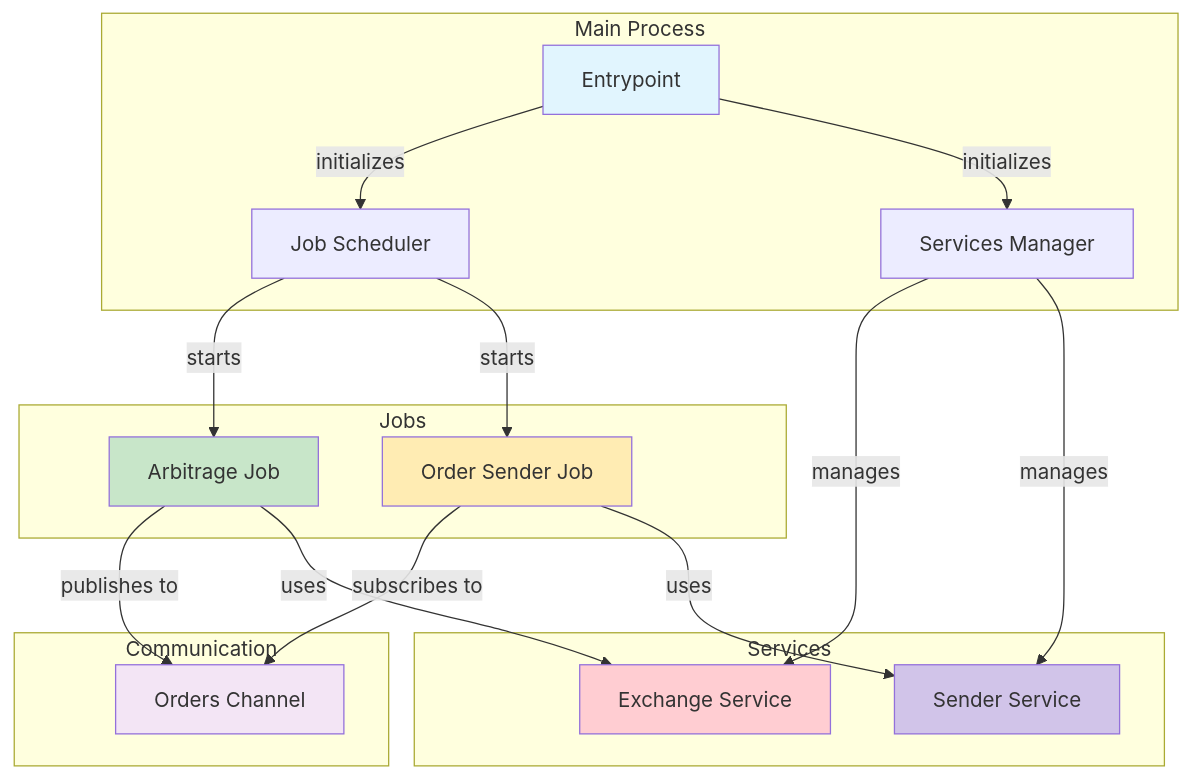
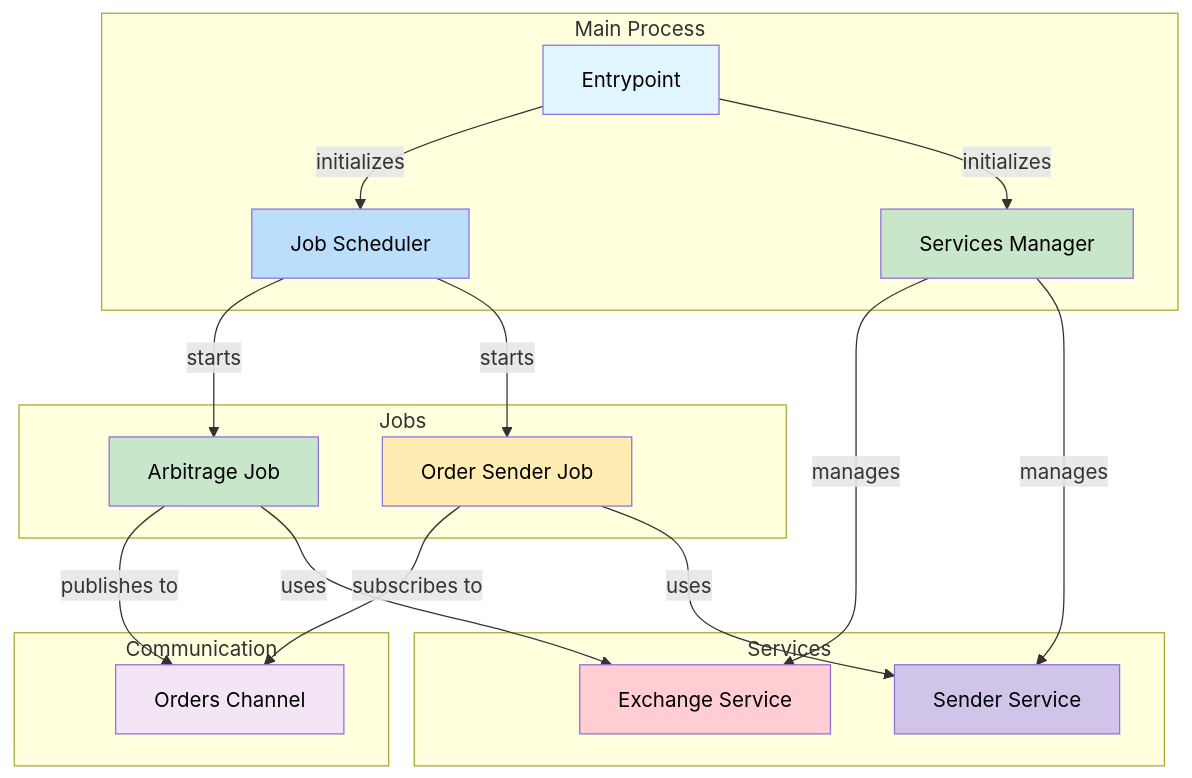
Before and after one commit to mkbeh/arb-bot-rs: the third of 6 diagrams in README.md, drawn with Mermaid. The commit also changed other lines of this file, not shown here.

````diff
--- a/README.md
+++ b/README.md
@@ -131,39 +83,44 @@
 ```mermaid
 flowchart TB
     subgraph MainProcess[Main Process]
         Entrypoint[Entrypoint]
         JobScheduler[Job Scheduler]
         ServicesManager[Services Manager]
+
         Entrypoint -->|initializes| JobScheduler
         Entrypoint -->|initializes| ServicesManager
     end
 
     subgraph Jobs[Jobs]
         ArbitrageJob[Arbitrage Job]
         OrderSenderJob[Order Sender Job]
     end
 
     subgraph Services[Services]
         ExchangeService[Exchange Service]
         SenderService[Sender Service]
     end
 
     subgraph Communication[Communication]
         OrdersChannel[Orders Channel]
     end
 
     JobScheduler -->|starts| ArbitrageJob
     JobScheduler -->|starts| OrderSenderJob
     ServicesManager -->|manages| ExchangeService
     ServicesManager -->|manages| SenderService
+
     ArbitrageJob -->|publishes to| OrdersChannel
     ArbitrageJob -->|uses| ExchangeService
     OrderSenderJob -->|subscribes to| OrdersChannel
     OrderSenderJob -->|uses| SenderService
-    style Entrypoint fill: #e1f5fe
-    style ArbitrageJob fill: #c8e6c9
-    style OrderSenderJob fill: #ffecb3
-    style ExchangeService fill: #ffcdd2
-    style SenderService fill: #d1c4e9
-    style OrdersChannel fill: #f3e5f5
+
+    style Entrypoint fill:#e1f5fe,color:#000000
+    style ArbitrageJob fill:#c8e6c9,color:#000000
+    style OrderSenderJob fill:#ffecb3,color:#000000
+    style ExchangeService fill:#ffcdd2,color:#000000
+    style SenderService fill:#d1c4e9,color:#000000
+    style OrdersChannel fill:#f3e5f5,color:#000000
+    style JobScheduler fill:#bbdefb,color:#000000
+    style ServicesManager fill:#c8e6c9,color:#000000
 ```
````
